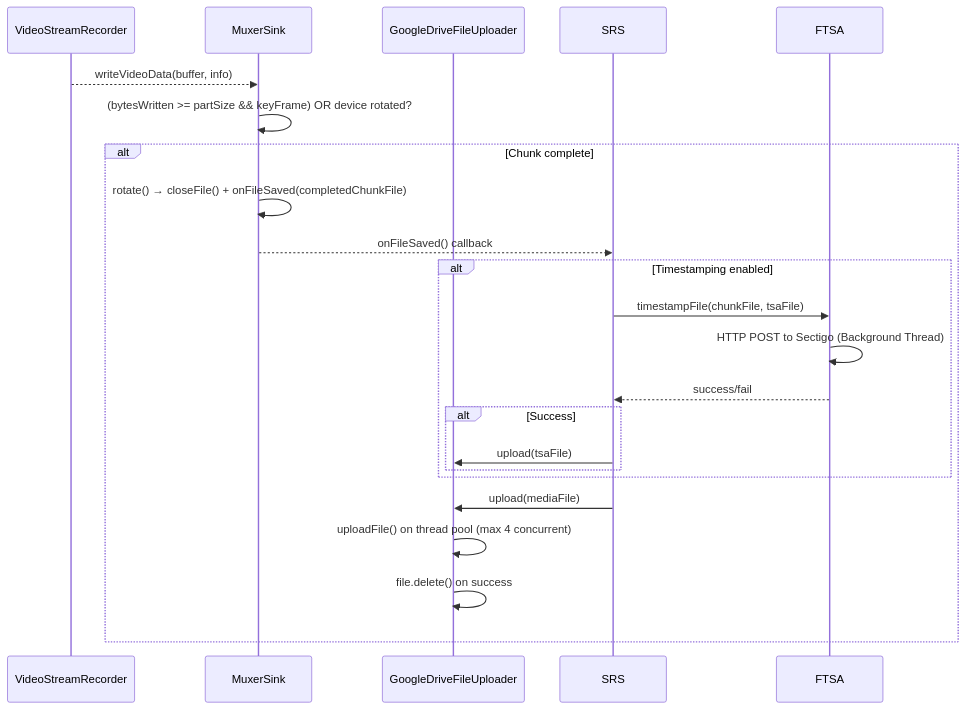
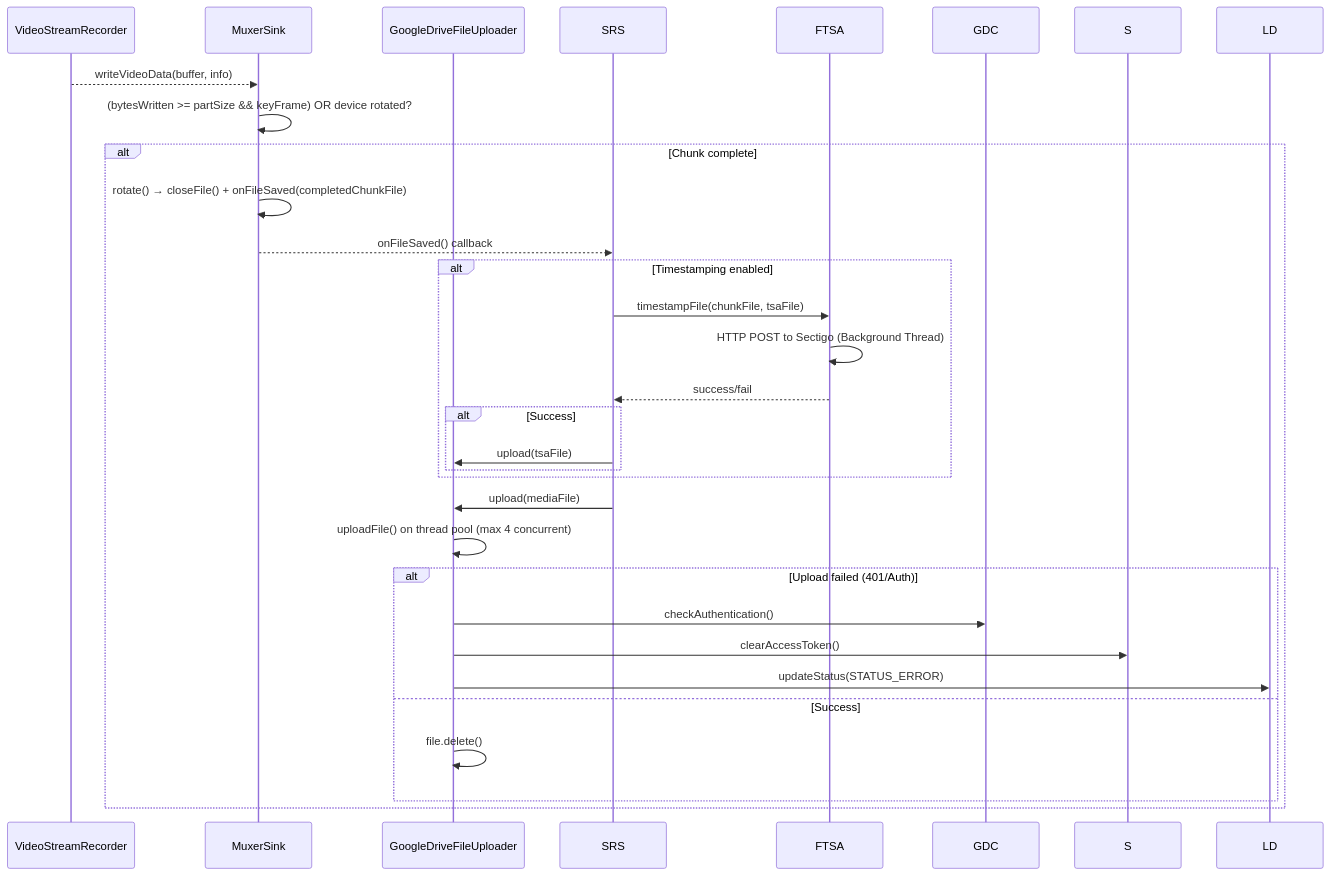
Before and after one commit to ark3us/saferec: the third of 4 diagrams in AGENTS.md, drawn with Mermaid. The commit also changed other lines of this file, not shown here.

Commit message:
Docs: Update AGENTS.md sequence diagrams and limitations

````diff
--- a/AGENTS.md
+++ b/AGENTS.md
@@ -151,24 +151,30 @@
 ```mermaid
 sequenceDiagram
     participant VSR as VideoStreamRecorder
     participant MS as MuxerSink
     participant GDFU as GoogleDriveFileUploader
 
     VSR-->>MS: writeVideoData(buffer, info)
     MS->>MS: (bytesWritten >= partSize && keyFrame) OR device rotated?
     alt Chunk complete
         MS->>MS: rotate() → closeFile() + onFileSaved(completedChunkFile)
         MS-->>SRS: onFileSaved() callback
         alt Timestamping enabled
             SRS->>FTSA: timestampFile(chunkFile, tsaFile)
             FTSA->>FTSA: HTTP POST to Sectigo (Background Thread)
             FTSA-->>SRS: success/fail
             alt Success
                 SRS->>GDFU: upload(tsaFile)
             end
         end
         SRS->>GDFU: upload(mediaFile)
         GDFU->>GDFU: uploadFile() on thread pool (max 4 concurrent)
-        GDFU->>GDFU: file.delete() on success
+        alt Upload failed (401/Auth)
+            GDFU->>GDC: checkAuthentication()
+            GDFU->>S: clearAccessToken()
+            GDFU->>LD: updateStatus(STATUS_ERROR)
+        else Success
+            GDFU->>GDFU: file.delete()
+        end
     end
 ```
````
